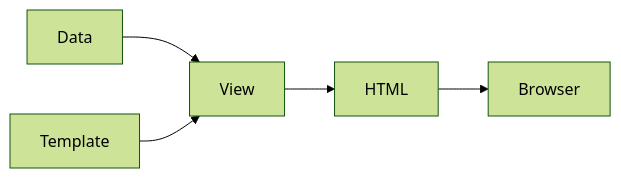
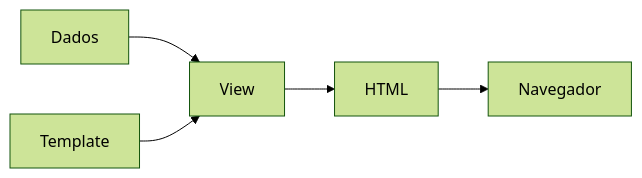
One commit to yiisoft/docs changed the diagram in src/pt-BR/guide/views/view.md. Above: the diagram before and after it, drawn with Mermaid (forest theme). The commit also changed other lines of this file and 45 other files, not shown here.

````diff
--- a/src/pt-BR/guide/views/view.md
+++ b/src/pt-BR/guide/views/view.md
@@ -9,7 +10,7 @@
 ```mermaid
 flowchart LR
-  A[Data] --> V[View]
+  A[Dados] --> V[View]
   B[Template] --> V
   V --> C[HTML]
-  C --> D[Browser]
+  C --> D[Navegador]
 ```
````
